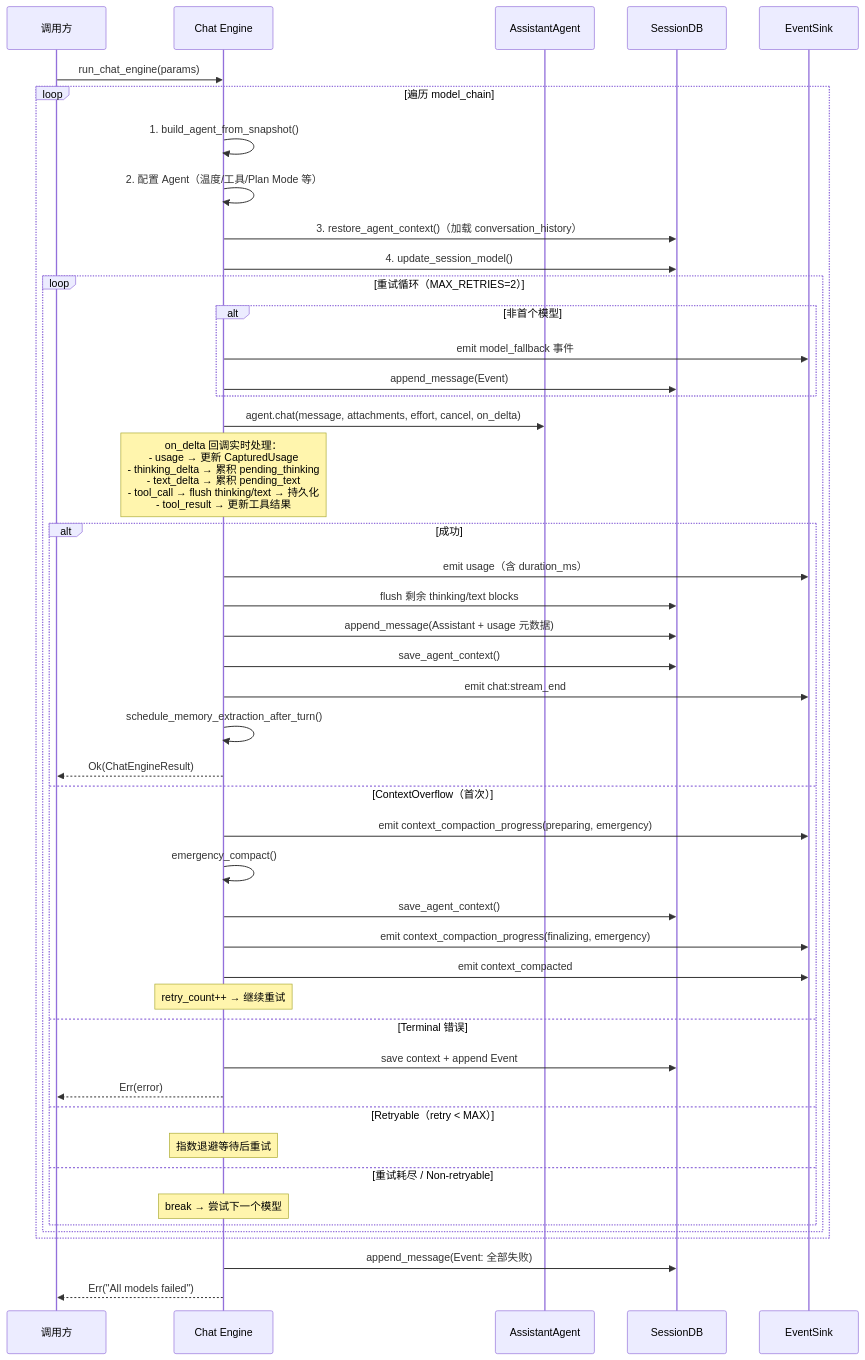
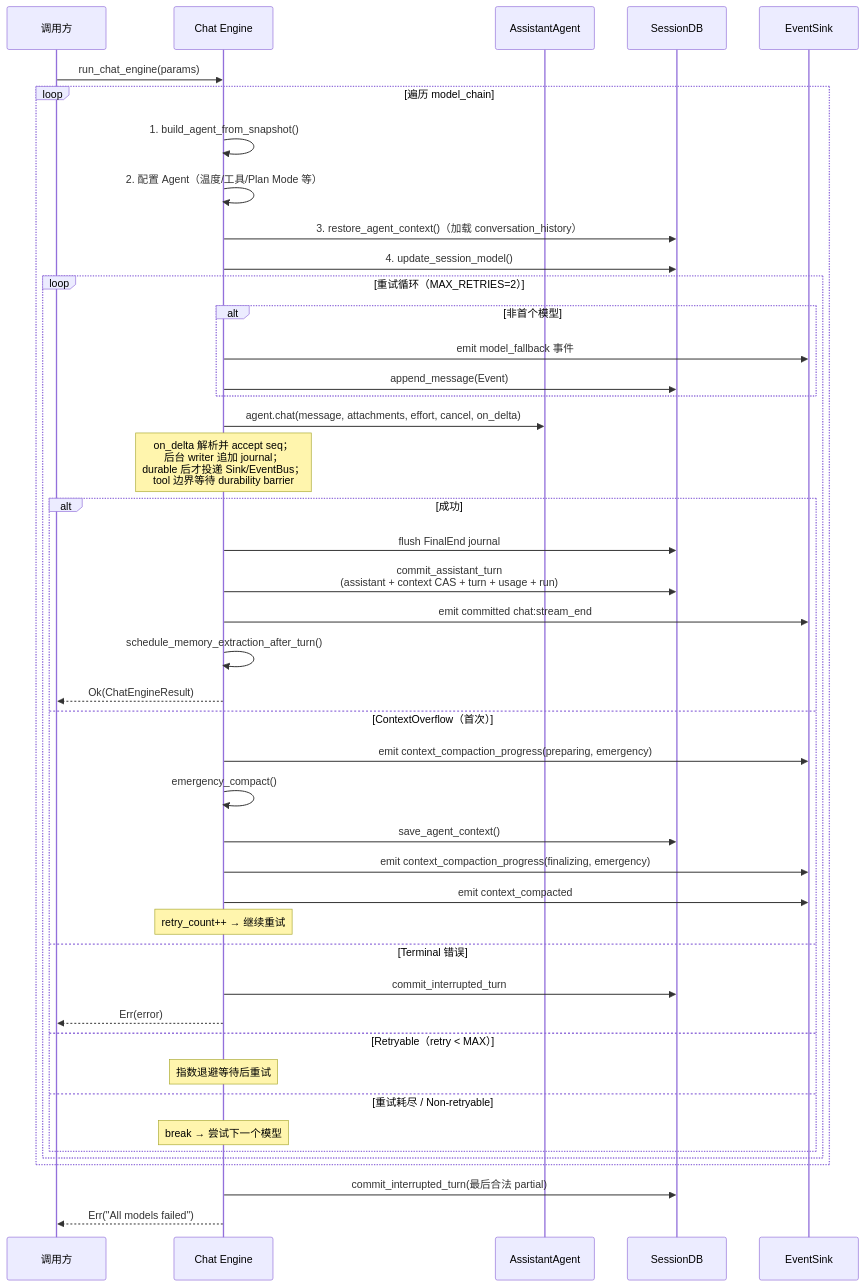
One commit to gabrielmoreira/agent-skills-mirror changed the first of 3 diagrams in mirrors/repos/shiwenwen@hope-agent/docs/architecture/chat-engine.md. Above: the diagram before and after it, drawn with Mermaid. The commit also changed other lines of this file and 1469 other files, not shown here.

````diff
--- a/mirrors/repos/shiwenwen@hope-agent/docs/architecture/chat-engine.md
+++ b/mirrors/repos/shiwenwen@hope-agent/docs/architecture/chat-engine.md
@@ -147,55 +157,53 @@
 ```mermaid
 sequenceDiagram
     participant Caller as 调用方
     participant Engine as Chat Engine
     participant Agent as AssistantAgent
     participant DB as SessionDB
     participant Sink as EventSink
 
     Caller->>Engine: run_chat_engine(params)
 
     loop 遍历 model_chain
         Engine->>Engine: 1. build_agent_from_snapshot()
         Engine->>Engine: 2. 配置 Agent（温度/工具/Plan Mode 等）
         Engine->>DB: 3. restore_agent_context()（加载 conversation_history）
         Engine->>DB: 4. update_session_model()
 
         loop 重试循环（MAX_RETRIES=2）
             alt 非首个模型
                 Engine->>Sink: emit model_fallback 事件
                 Engine->>DB: append_message(Event)
             end
 
             Engine->>Agent: agent.chat(message, attachments, effort, cancel, on_delta)
 
-            Note over Engine: on_delta 回调实时处理：<br/>- usage → 更新 CapturedUsage<br/>- thinking_delta → 累积 pending_thinking<br/>- text_delta → 累积 pending_text<br/>- tool_call → flush thinking/text → 持久化<br/>- tool_result → 更新工具结果
+            Note over Engine: on_delta 解析并 accept seq；<br/>后台 writer 追加 journal；<br/>durable 后才投递 Sink/EventBus；<br/>tool 边界等待 durability barrier
 
             alt 成功
-                Engine->>Sink: emit usage（含 duration_ms）
-                Engine->>DB: flush 剩余 thinking/text blocks
-                Engine->>DB: append_message(Assistant + usage 元数据)
-                Engine->>DB: save_agent_context()
-                Engine->>Sink: emit chat:stream_end
+                Engine->>DB: flush FinalEnd journal
+                Engine->>DB: commit_assistant_turn<br/>(assistant + context CAS + turn + usage + run)
+                Engine->>Sink: emit committed chat:stream_end
                 Engine->>Engine: schedule_memory_extraction_after_turn()
                 Engine-->>Caller: Ok(ChatEngineResult)
             else ContextOverflow（首次）
                 Engine->>Sink: emit context_compaction_progress(preparing, emergency)
                 Engine->>Engine: emergency_compact()
                 Engine->>DB: save_agent_context()
                 Engine->>Sink: emit context_compaction_progress(finalizing, emergency)
                 Engine->>Sink: emit context_compacted
                 Note over Engine: retry_count++ → 继续重试
             else Terminal 错误
-                Engine->>DB: save context + append Event
+                Engine->>DB: commit_interrupted_turn
                 Engine-->>Caller: Err(error)
             else Retryable（retry < MAX）
                 Note over Engine: 指数退避等待后重试
             else 重试耗尽 / Non-retryable
                 Note over Engine: break → 尝试下一个模型
             end
         end
     end
 
-    Engine->>DB: append_message(Event: 全部失败)
+    Engine->>DB: commit_interrupted_turn(最后合法 partial)
     Engine-->>Caller: Err("All models failed")
 ```
````
